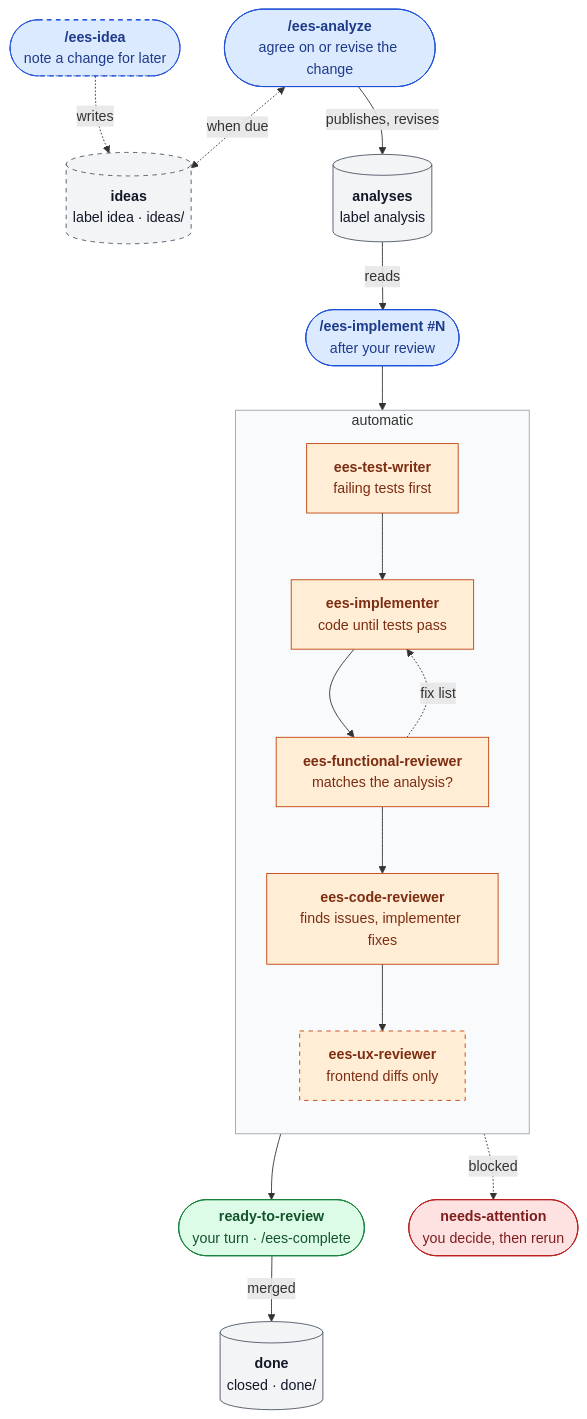
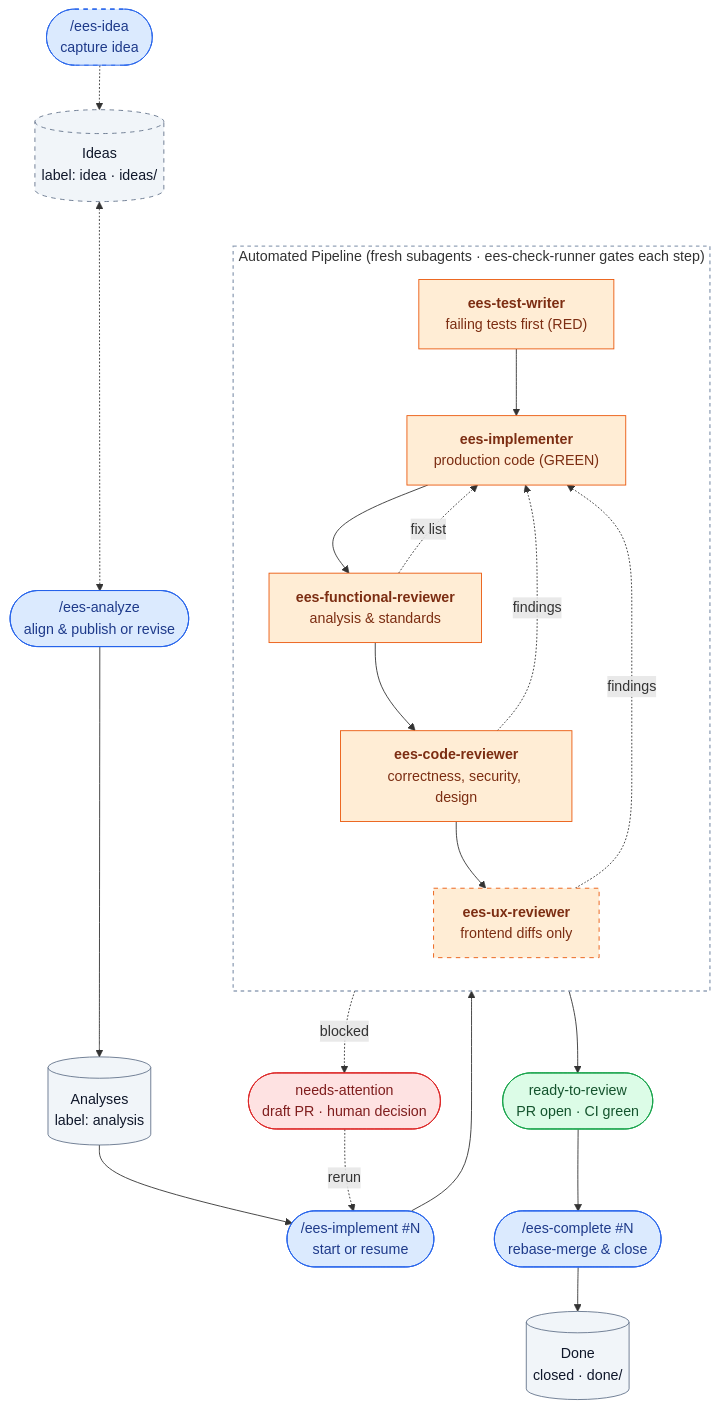
One commit to rdurica/enterprise-engineering-skills changed the diagram in README.md. Above: the diagram before and after it, drawn with Mermaid. The commit also changed other lines of this file, not shown here.

````diff
--- a/README.md
+++ b/README.md
@@ -51,45 +30,50 @@
 ```mermaid
 flowchart TD
-    Idea(["<b>/ees-idea</b><br/>note a change for later"])
-    Analyze(["<b>/ees-analyze</b><br/>agree on or revise the change"])
-    Ideas[("<b>ideas</b><br/>label idea · ideas/")]
-    Analyses[("<b>analyses</b><br/>label analysis")]
-    Implement(["<b>/ees-implement #N</b><br/>after your review"])
+    Idea(["/ees-idea<br/>capture idea"])
+    Ideas[("Ideas<br/>label: idea · ideas/")]
+    Analyze(["/ees-analyze<br/>align & publish or revise"])
+    Analyses[("Analyses<br/>label: analysis")]
+    Implement(["/ees-implement #N<br/>start or resume"])
 
-    subgraph Auto["automatic"]
+    subgraph Pipeline["Automated Pipeline (fresh subagents · ees-check-runner gates each step)"]
         direction TB
-        testWriter["<b>ees-test-writer</b><br/>failing tests first"]
-        implementer["<b>ees-implementer</b><br/>code until tests pass"]
-        functional["<b>ees-functional-reviewer</b><br/>matches the analysis?"]
-        codeReview["<b>ees-code-reviewer</b><br/>finds issues, implementer fixes"]
-        ux["<b>ees-ux-reviewer</b><br/>frontend diffs only"]
+        TW["<b>ees-test-writer</b><br/>failing tests first (RED)"]
+        IMP["<b>ees-implementer</b><br/>production code (GREEN)"]
+        FR["<b>ees-functional-reviewer</b><br/>analysis & standards"]
+        CR["<b>ees-code-reviewer</b><br/>correctness, security, design"]
+        UX["<b>ees-ux-reviewer</b><br/>frontend diffs only"]
 
-        testWriter --> implementer --> functional --> codeReview --> ux
-        functional -. "fix list" .-> implementer
+        TW --> IMP --> FR --> CR --> UX
+        FR -. "fix list" .-> IMP
+        CR -. "findings" .-> IMP
+        UX -. "findings" .-> IMP
     end
 
-    Ready(["<b>ready-to-review</b><br/>your turn · /ees-complete"])
-    Attention(["<b>needs-attention</b><br/>you decide, then rerun"])
-    Done[("<b>done</b><br/>closed · done/")]
+    Ready(["ready-to-review<br/>PR open · CI green"])
+    Complete(["/ees-complete #N<br/>rebase-merge & close"])
+    Done[("Done<br/>closed · done/")]
+    Attention(["needs-attention<br/>draft PR · human decision"])
 
-    Idea -. "writes" .-> Ideas
-    Analyze <-. "when due" .-> Ideas
-    Analyze -- "publishes, revises" --> Analyses
-    Analyses -- "reads" --> Implement --> testWriter
-    ux --> Ready -- "merged" --> Done
-    Auto -. "blocked" .-> Attention
+    Idea -.-> Ideas
+    Ideas <-.-> Analyze
+    Analyze --> Analyses
+    Analyses --> Implement --> TW
+    UX --> Ready --> Complete --> Done
+    Pipeline -. "blocked" .-> Attention
+    Attention -. "rerun" .-> Implement
 
-    classDef human fill:#dbeafe,stroke:#1d4ed8,color:#1e3a8a
-    classDef agent fill:#ffedd5,stroke:#c2410c,color:#7c2d12
+    classDef human fill:#dbeafe,stroke:#2563eb,color:#1e3a8a
+    classDef agent fill:#ffedd5,stroke:#ea580c,color:#7c2d12
+    classDef store fill:#f1f5f9,stroke:#64748b,color:#0f172a
+    classDef ready fill:#dcfce7,stroke:#16a34a,color:#14532d
+    classDef blocked fill:#fee2e2,stroke:#dc2626,color:#7f1d1d
     classDef optional stroke-dasharray:5 5
-    classDef store fill:#f3f4f6,stroke:#4b5563,color:#111827
-    classDef ready fill:#dcfce7,stroke:#15803d,color:#14532d
-    classDef blocked fill:#fee2e2,stroke:#b91c1c,color:#7f1d1d
-    class Idea,Analyze,Implement human
-    class Idea,Ideas,ux optional
-    class testWriter,implementer,functional,codeReview,ux agent
+
+    class Idea,Analyze,Implement,Complete human
+    class TW,IMP,FR,CR,UX agent
     class Ideas,Analyses,Done store
     class Ready ready
     class Attention blocked
-    style Auto fill:#f9fafb,stroke:#9ca3af
+    class Idea,Ideas,UX optional
+    style Pipeline fill:transparent,stroke:#94a3b8,stroke-width:1.5px,stroke-dasharray:4 4
 ```
````
